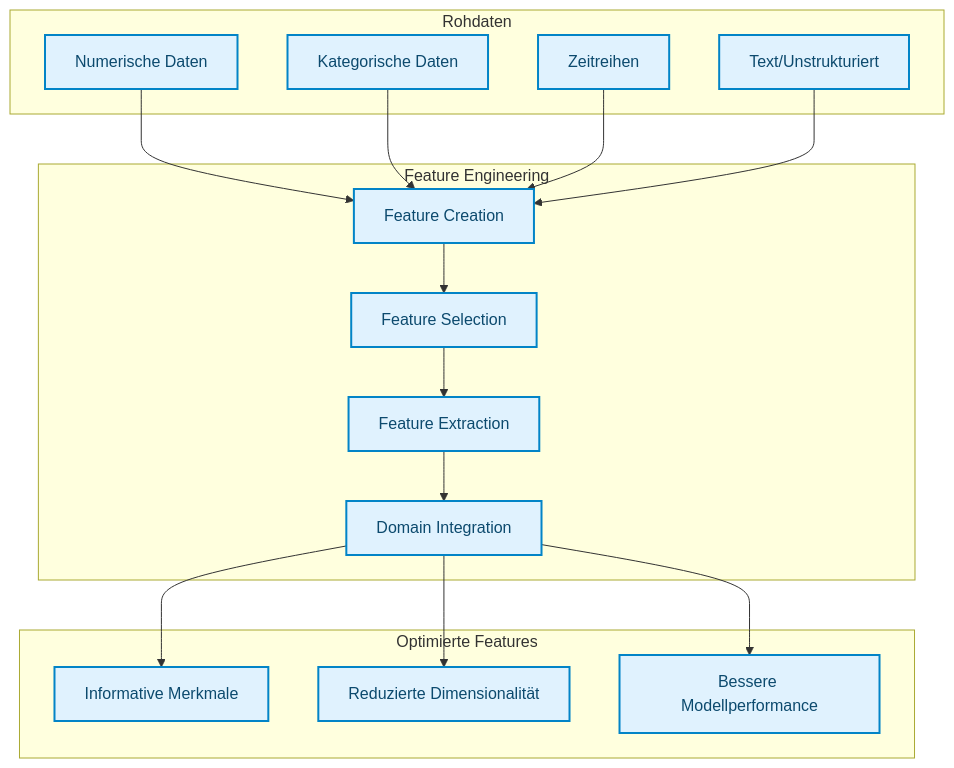
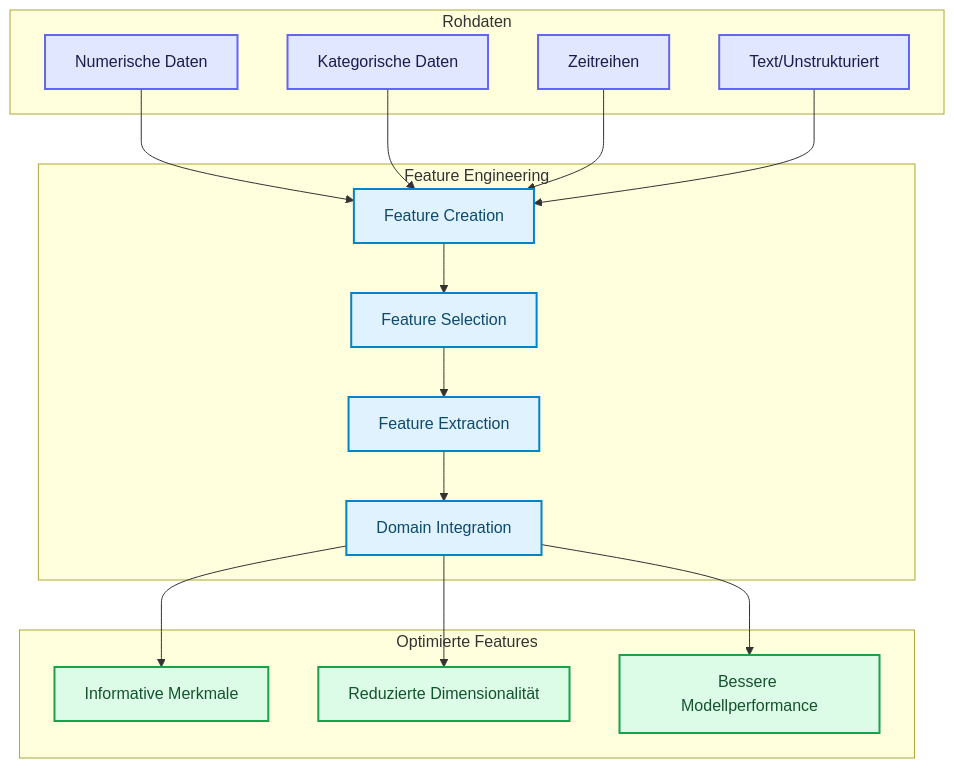
Before and after one commit to ralf-42/ML_Intro: the first of 4 diagrams in docs/concepts/prepare/feature-engineering.md, drawn with Mermaid. The commit also changed other lines of this file and 49 other files, not shown here.

````diff
--- a/docs/concepts/prepare/feature-engineering.md
+++ b/docs/concepts/prepare/feature-engineering.md
@@ -31,37 +31,42 @@
 ```mermaid
 flowchart TB
     subgraph Input["Rohdaten"]
         A[Numerische Daten]
         B[Kategorische Daten]
         C[Zeitreihen]
         D[Text/Unstrukturiert]
     end
     
     subgraph FE["Feature Engineering"]
         E[Feature Creation]
         F[Feature Selection]
         G[Feature Extraction]
         H[Domain Integration]
     end
     
     subgraph Output["Optimierte Features"]
         I[Informative Merkmale]
         J[Reduzierte Dimensionalität]
         K[Bessere Modellperformance]
     end
     
     A --> E
     B --> E
     C --> E
     D --> E
     
     E --> F
     F --> G
     G --> H
     
     H --> I
     H --> J
     H --> K
 
     classDef default fill:#e0f2fe,stroke:#0284c7,stroke-width:2px,color:#0c4a6e;
+    classDef input fill:#e0e7ff,stroke:#6366f1,stroke-width:2px,color:#1e1b4b;
+    classDef output fill:#dcfce7,stroke:#16a34a,stroke-width:2px,color:#14532d;
+
+    class A,B,C,D input;
+    class I,J,K output;
 ```
````
